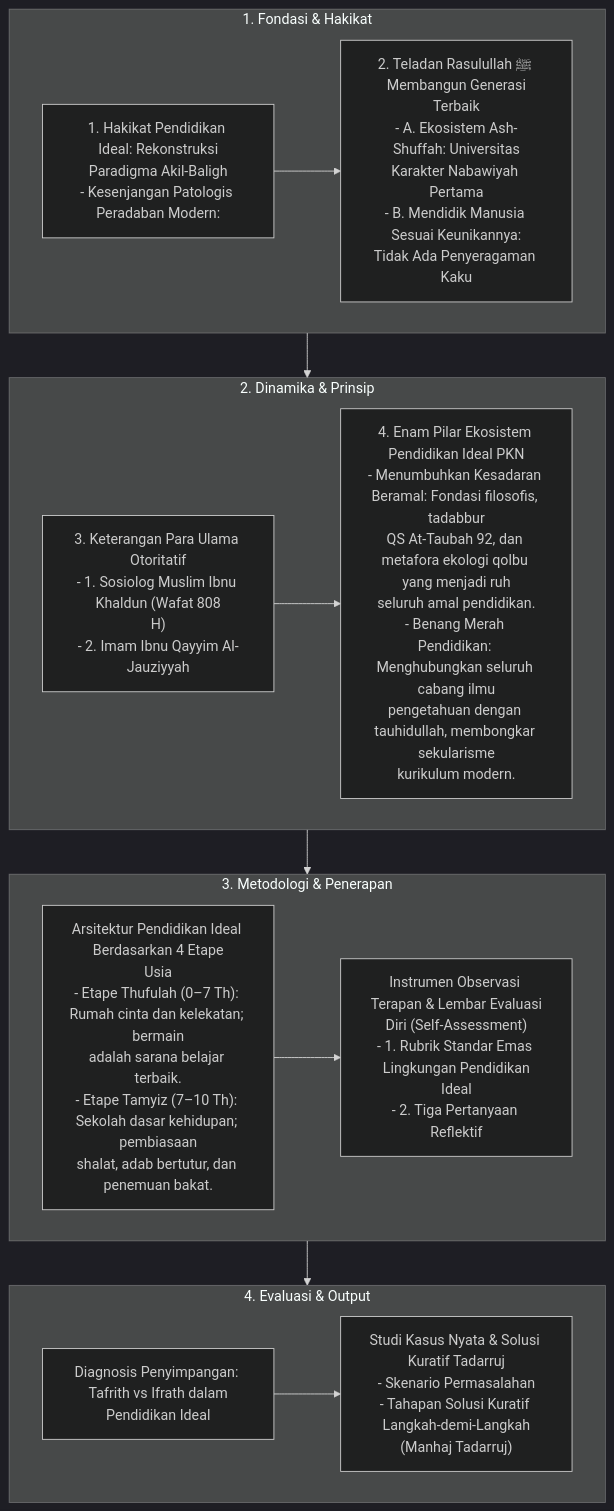
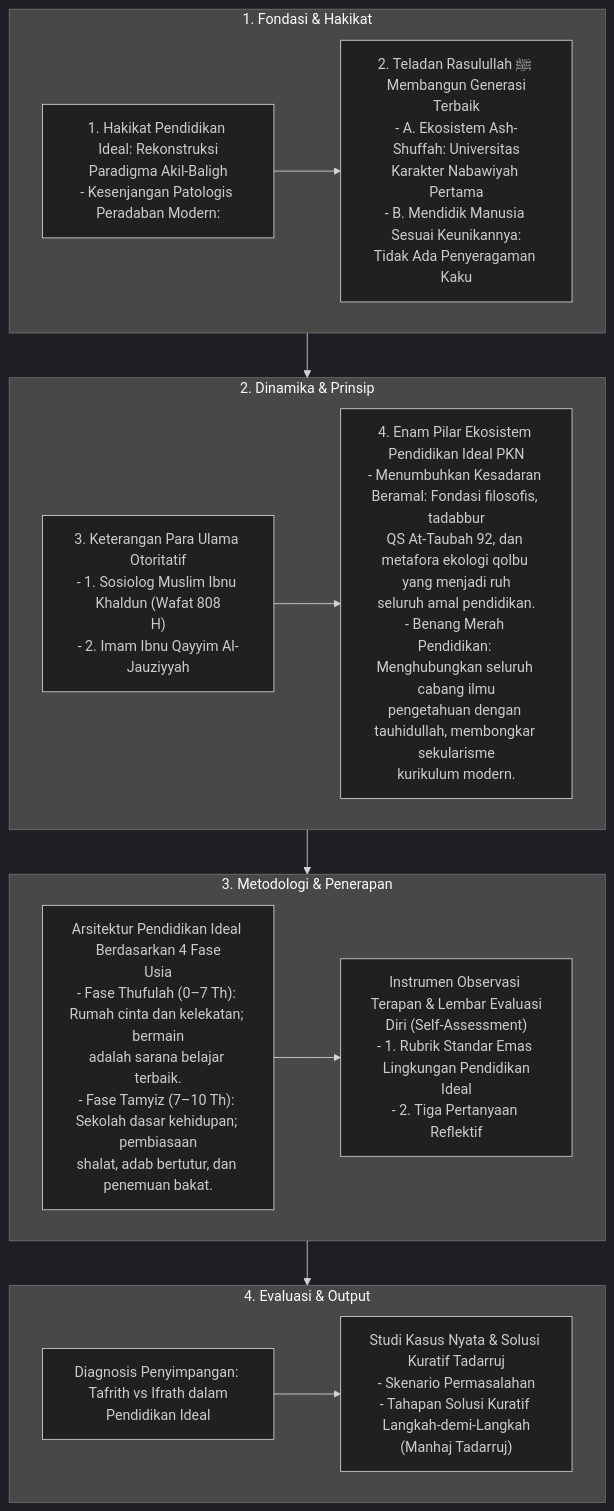
The diagram in content_flow/Dokumen Pendidikan Karakter Nabawiyah/Paradigma & Implementasi/Pendidikan Ideal/index.md (decaller/wiki-pkn), drawn with Mermaid (dark theme) before and after one commit. The commit also changed 410 other files, not shown here.

Commit message:
feat: create master Glosarium and purify terminology across repo (etape -> fase, archetype -> uswah)

````diff
--- a/content_flow/Dokumen Pendidikan Karakter Nabawiyah/Paradigma & Implementasi/Pendidikan Ideal/index.md
+++ b/content_flow/Dokumen Pendidikan Karakter Nabawiyah/Paradigma & Implementasi/Pendidikan Ideal/index.md
@@ -10,30 +10,30 @@
 ```mermaid
 flowchart TD
     subgraph S1["1. Fondasi & Hakikat"]
         N1_1["1. Hakikat Pendidikan Ideal: Rekonstruksi<br/>Paradigma Akil-Baligh<br/>- Kesenjangan Patologis Peradaban Modern:"]
         N1_2["2. Teladan Rasulullah ﷺ Membangun Generasi<br/>Terbaik<br/>- A. Ekosistem Ash-Shuffah: Universitas<br/>Karakter Nabawiyah Pertama<br/>- B. Mendidik Manusia Sesuai Keunikannya:<br/>Tidak Ada Penyeragaman Kaku"]
         N1_1 --> N1_2
     end
 
     subgraph S2["2. Dinamika & Prinsip"]
         N2_1["3. Keterangan Para Ulama Otoritatif<br/>- 1. Sosiolog Muslim Ibnu Khaldun (Wafat 808<br/>H)<br/>- 2. Imam Ibnu Qayyim Al-Jauziyyah"]
         N2_2["4. Enam Pilar Ekosistem Pendidikan Ideal PKN<br/>- Menumbuhkan Kesadaran Beramal: Fondasi filosofis, tadabbur<br/>QS At-Taubah 92, dan metafora ekologi qolbu yang menjadi ruh<br/>seluruh amal pendidikan.<br/>- Benang Merah Pendidikan: Menghubungkan seluruh cabang ilmu<br/>pengetahuan dengan tauhidullah, membongkar sekularisme<br/>kurikulum modern."]
         N2_1 --> N2_2
     end
 
     subgraph S3["3. Metodologi & Penerapan"]
-        N3_1["Arsitektur Pendidikan Ideal Berdasarkan 4 Etape<br/>Usia<br/>- Etape Thufulah (0–7 Th): Rumah cinta dan kelekatan; bermain<br/>adalah sarana belajar terbaik.<br/>- Etape Tamyiz (7–10 Th): Sekolah dasar kehidupan; pembiasaan<br/>shalat, adab bertutur, dan penemuan bakat."]
+        N3_1["Arsitektur Pendidikan Ideal Berdasarkan 4 Fase<br/>Usia<br/>- Fase Thufulah (0–7 Th): Rumah cinta dan kelekatan; bermain<br/>adalah sarana belajar terbaik.<br/>- Fase Tamyiz (7–10 Th): Sekolah dasar kehidupan; pembiasaan<br/>shalat, adab bertutur, dan penemuan bakat."]
         N3_2["Instrumen Observasi Terapan & Lembar Evaluasi<br/>Diri (Self-Assessment)<br/>- 1. Rubrik Standar Emas Lingkungan Pendidikan<br/>Ideal<br/>- 2. Tiga Pertanyaan Reflektif"]
         N3_1 --> N3_2
     end
 
     subgraph S4["4. Evaluasi & Output"]
         N4_1["Diagnosis Penyimpangan: Tafrith vs Ifrath dalam<br/>Pendidikan Ideal"]
         N4_2["Studi Kasus Nyata & Solusi Kuratif Tadarruj<br/>- Skenario Permasalahan<br/>- Tahapan Solusi Kuratif Langkah-demi-Langkah<br/>(Manhaj Tadarruj)"]
         N4_1 --> N4_2
     end
 
     S1 --> S2
     S2 --> S3
     S3 --> S4
 ```
````
